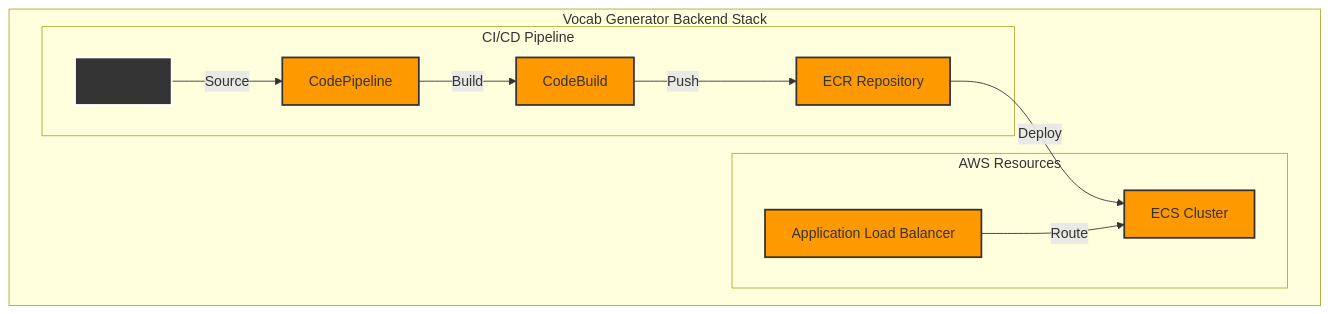
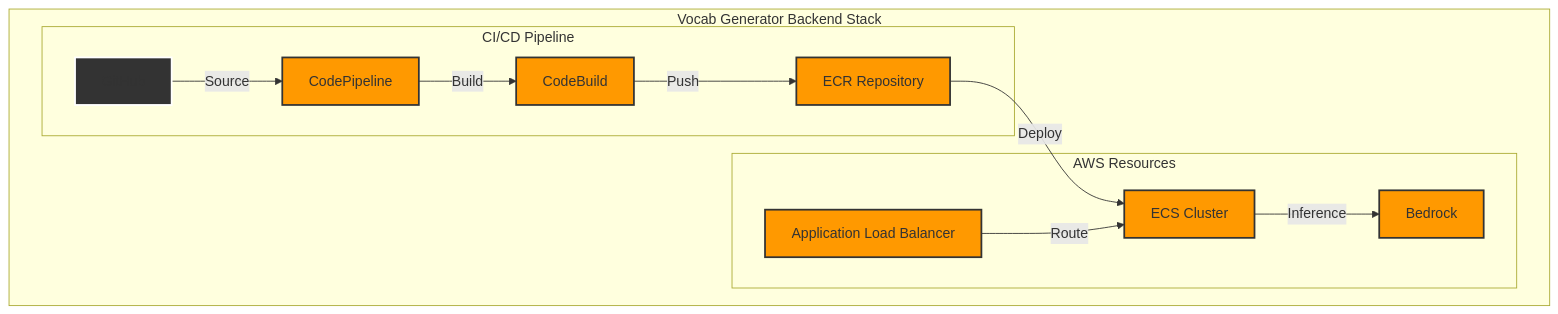
Before and after one commit to danielwohlgemuth/free-genai-bootcamp-2025: the seventh of 12 diagrams in aws/AWS-Tech-Specs-v3.md, drawn with Mermaid. The commit also changed other lines of this file, not shown here.

````diff
--- a/aws/AWS-Tech-Specs-v3.md
+++ b/aws/AWS-Tech-Specs-v3.md
@@ -261,28 +276,31 @@
 ```mermaid
 graph TB
     subgraph VocabGeneratorBackendStack[Vocab Generator Backend Stack]
         subgraph AWSResources[AWS Resources]
             ECS[ECS Cluster]
             ALB[Application Load Balancer]
+            BDR[Bedrock]
             style ECS fill:#FF9900,stroke:#333,stroke-width:2px,color:#333
             style ALB fill:#FF9900,stroke:#333,stroke-width:2px,color:#333
+            style BDR fill:#FF9900,stroke:#333,stroke-width:2px,color:#333
         end
         
         subgraph CICDPipeline[CI/CD Pipeline]
             GH[GitHub]
             CP[CodePipeline]
             CB[CodeBuild]
             ECR[ECR Repository]
             style GH fill:#333,stroke:#fff,stroke-width:2px
             style CP fill:#FF9900,stroke:#333,stroke-width:2px,color:#333
             style CB fill:#FF9900,stroke:#333,stroke-width:2px,color:#333
             style ECR fill:#FF9900,stroke:#333,stroke-width:2px,color:#333
         end
     end
     
     GH -->|Source| CP
     CP -->|Build| CB
     CB -->|Push| ECR
     ECR -->|Deploy| ECS
+    ECS -->|Inference| BDR
     ALB -->|Route| ECS
 ```
````
